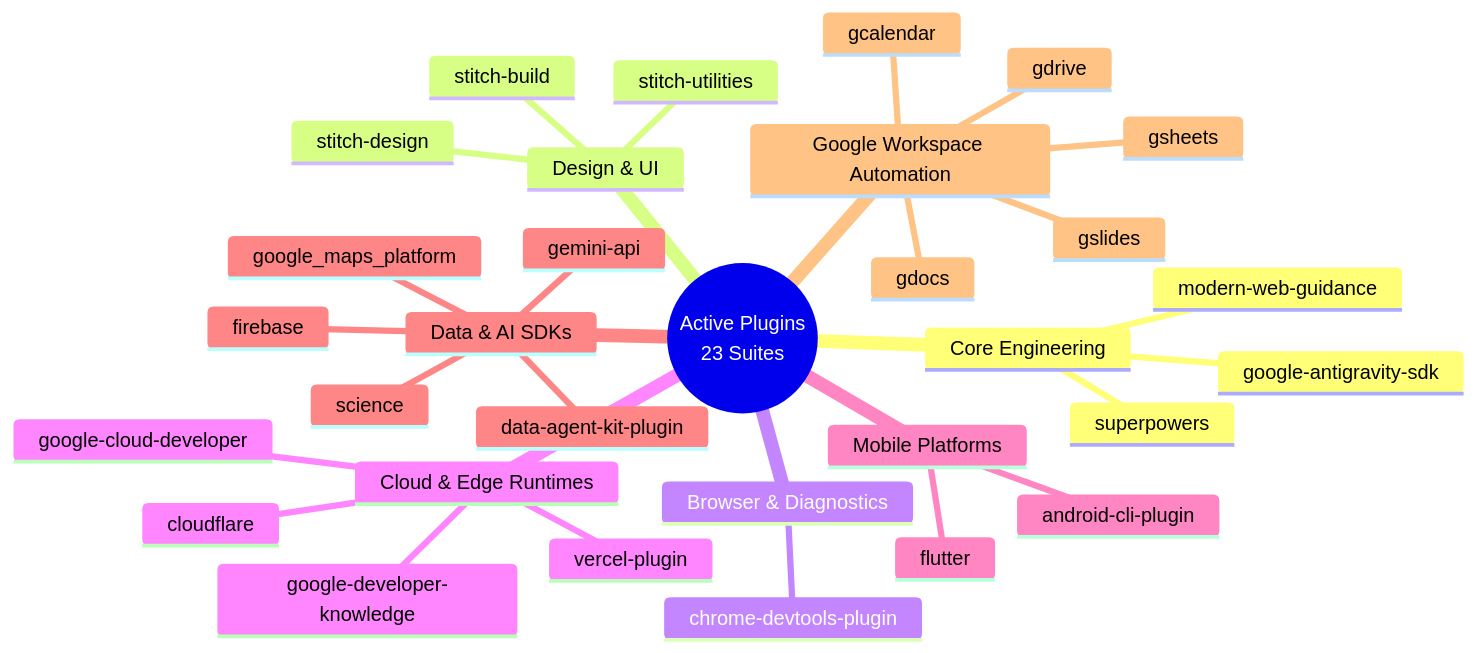
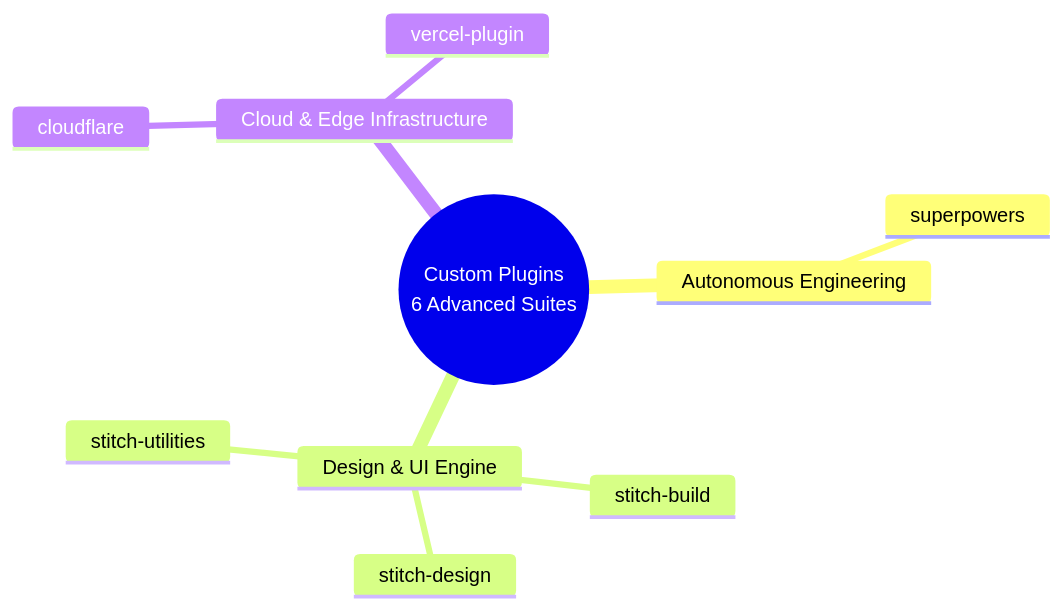
Before and after one commit to SFRREX/antigravity-config: the fifth of 5 diagrams in README.md, drawn with Mermaid. The commit also changed other lines of this file and 1097 other files, not shown here.

Commit message:
chore(repo): remove default preloaded plugins and configs, keep custom extensions

````diff
--- a/README.md
+++ b/README.md
@@ -352,34 +354,13 @@
 ```mermaid
 mindmap
-  root((Active Plugins<br/>23 Suites))
-    Core Engineering
+  root((Custom Plugins<br/>6 Advanced Suites))
+    Autonomous Engineering
       superpowers
-      modern-web-guidance
-      google-antigravity-sdk
-    Design & UI
+    Design & UI Engine
       stitch-build
       stitch-design
       stitch-utilities
-    Browser & Diagnostics
-      chrome-devtools-plugin
-    Cloud & Edge Runtimes
+    Cloud & Edge Infrastructure
       cloudflare
       vercel-plugin
-      google-cloud-developer
-      google-developer-knowledge
-    Mobile Platforms
-      flutter
-      android-cli-plugin
-    Data & AI SDKs
-      firebase
-      gemini-api
-      data-agent-kit-plugin
-      science
-      google_maps_platform
-    Google Workspace Automation
-      gdocs
-      gsheets
-      gslides
-      gdrive
-      gcalendar
 ```
````
